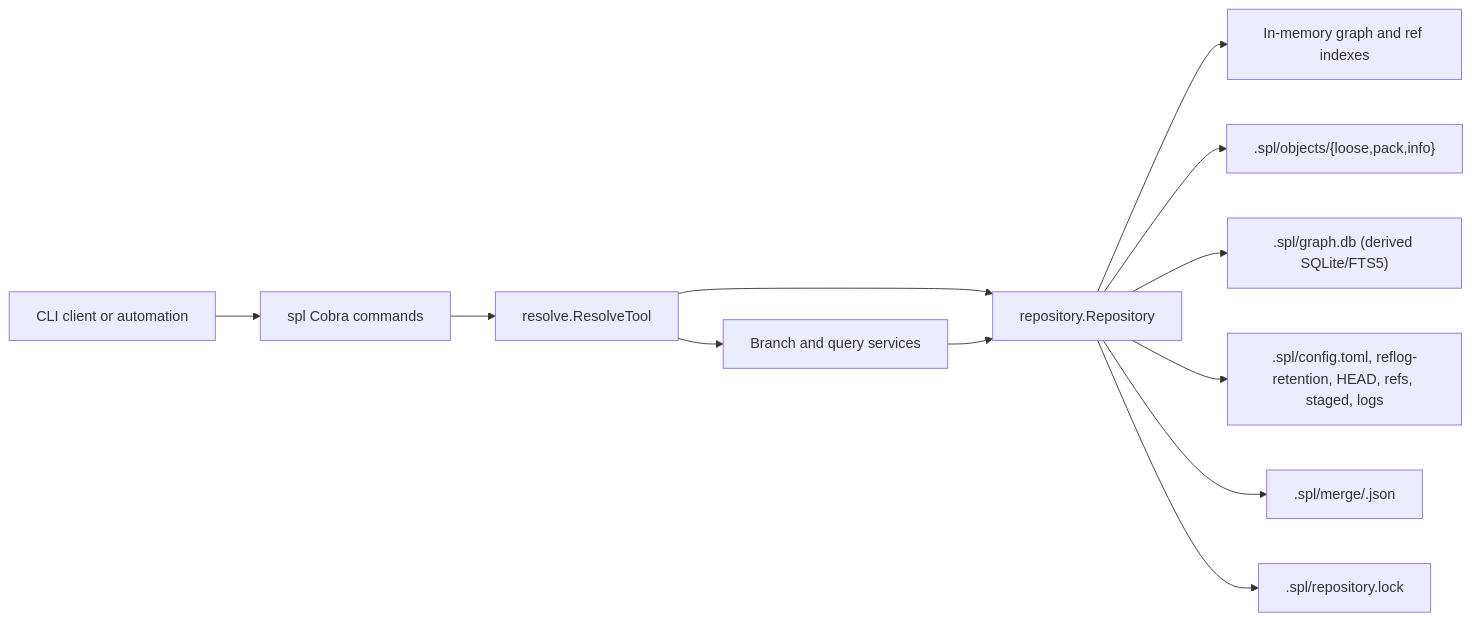
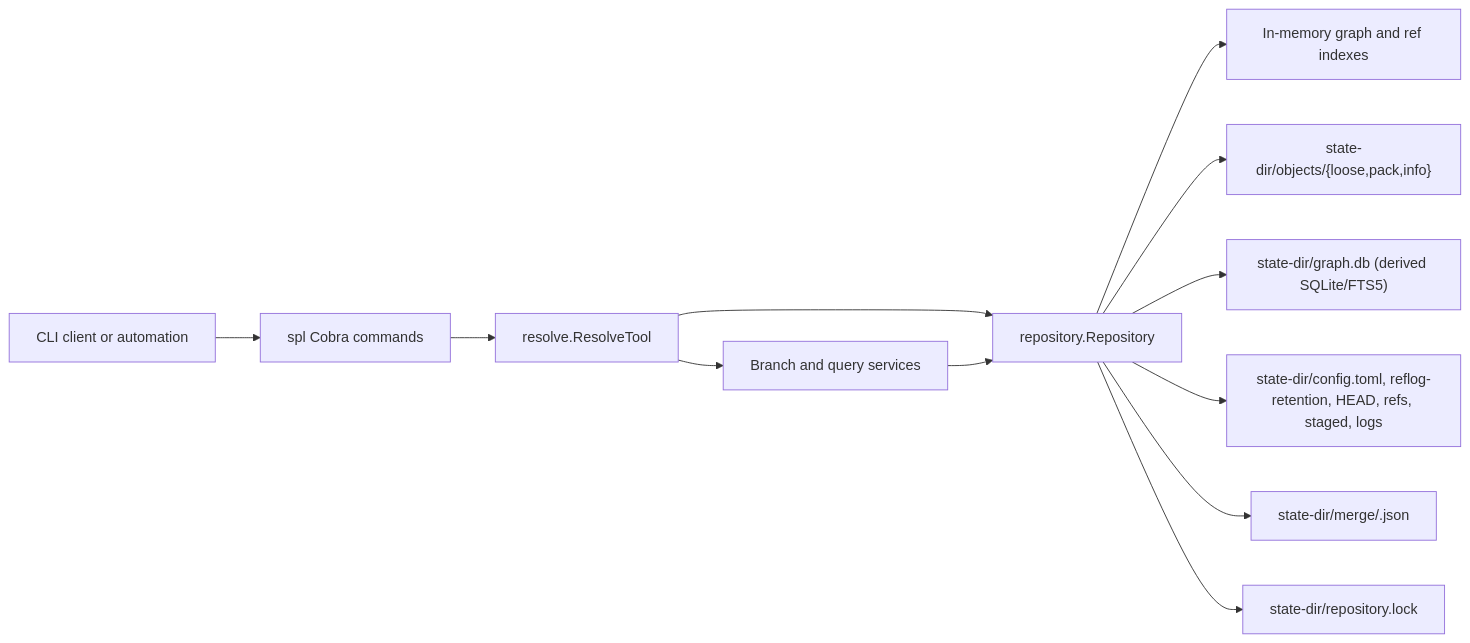
The diagram in docs/architecture.md (autonomous-bits/spool), drawn with Mermaid before and after one commit. The commit also changed other lines of this file and 6 other files, not shown here.

````diff
--- a/docs/architecture.md
+++ b/docs/architecture.md
@@ -10,14 +10,14 @@
 ```mermaid
 flowchart LR
     Client[CLI client or automation] --> CLI[spl Cobra commands]
     CLI --> Tool[resolve.ResolveTool]
     Tool --> Services[Branch and query services]
     Tool --> Repository[repository.Repository]
     Services --> Repository
     Repository --> Memory[In-memory graph and ref indexes]
-    Repository --> Objects[".spl/objects/{loose,pack,info}"]
-    Repository --> Projection[".spl/graph.db (derived SQLite/FTS5)"]
-    Repository --> State[".spl/config.toml, reflog-retention, HEAD, refs, staged, logs"]
-    Repository --> Merge[".spl/merge/<hashed-branch>.json"]
-    Repository --> Lock[".spl/repository.lock"]
+    Repository --> Objects["state-dir/objects/{loose,pack,info}"]
+    Repository --> Projection["state-dir/graph.db (derived SQLite/FTS5)"]
+    Repository --> State["state-dir/config.toml, reflog-retention, HEAD, refs, staged, logs"]
+    Repository --> Merge["state-dir/merge/<hashed-branch>.json"]
+    Repository --> Lock["state-dir/repository.lock"]
 ```
````
